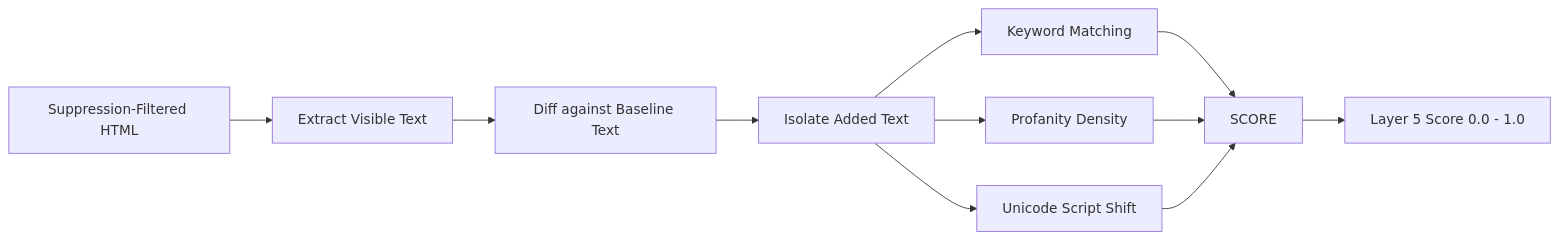
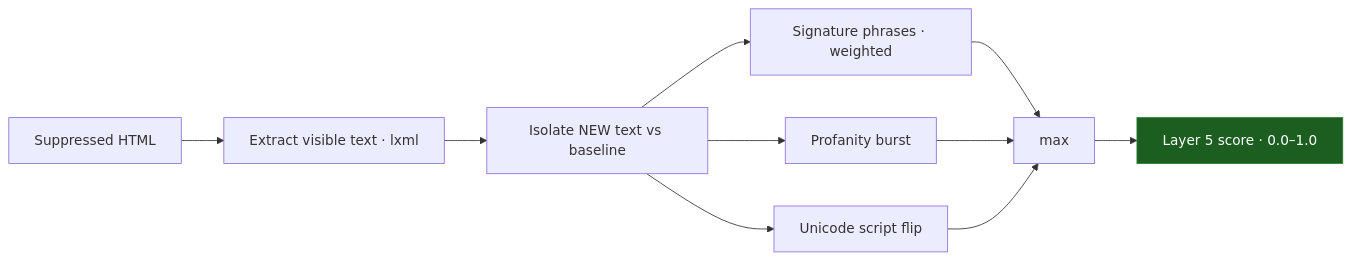
Before and after one commit to Ns81000/WARDRESS: the diagram in docs/layers/5-signatures.mdx, drawn with Mermaid. The commit also changed other lines of this file and 20 other files, not shown here.

Commit message:
docs: initialize project documentation suite with architectural overviews, detection layer details, and frontend workbench guides

````diff
--- a/docs/layers/5-signatures.mdx
+++ b/docs/layers/5-signatures.mdx
@@ -12,15 +15,15 @@
 ```mermaid
-graph LR
-    HTML[Suppression-Filtered HTML] --> VISIBLE[Extract Visible Text]
-    VISIBLE --> DIFF[Diff against Baseline Text]
-    DIFF --> NEW_TEXT[Isolate Added Text]
-    
-    NEW_TEXT --> KWS[Keyword Matching]
-    NEW_TEXT --> PROF[Profanity Density]
-    NEW_TEXT --> UNICODE[Unicode Script Shift]
-    
-    KWS --> SCORE
-    PROF --> SCORE
-    UNICODE --> SCORE
-    SCORE --> OUT[Layer 5 Score 0.0 - 1.0]
+flowchart LR
+    HTML[Suppressed HTML] --> VT[Extract visible text · lxml]
+    VT --> NT[Isolate NEW text vs baseline]
+    NT --> SIG[Signature phrases · weighted]
+    NT --> PR[Profanity burst]
+    NT --> SF[Unicode script flip]
+    SIG --> M[max]
+    PR --> M
+    SF --> M
+    M --> OUT[Layer 5 score · 0.0–1.0]
+
+    classDef out fill:#1b5e20,stroke:#2e7d32,color:#fff;
+    class OUT out;
 ```
````
